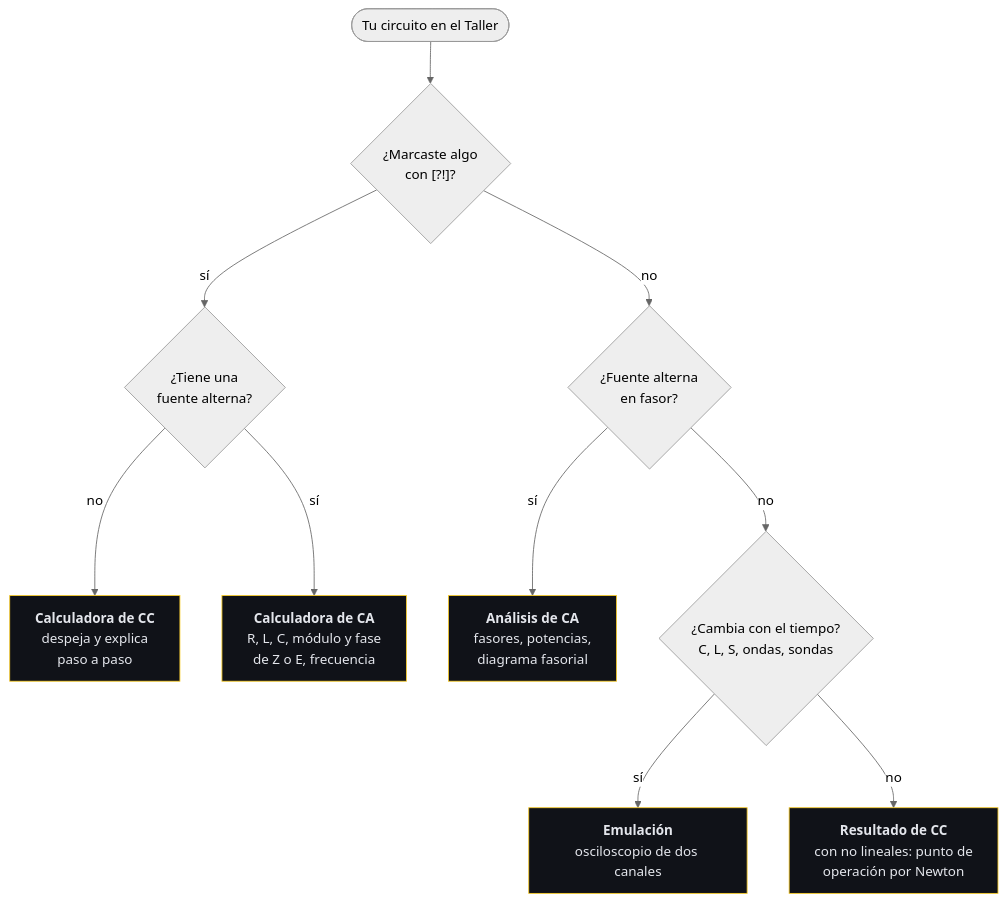
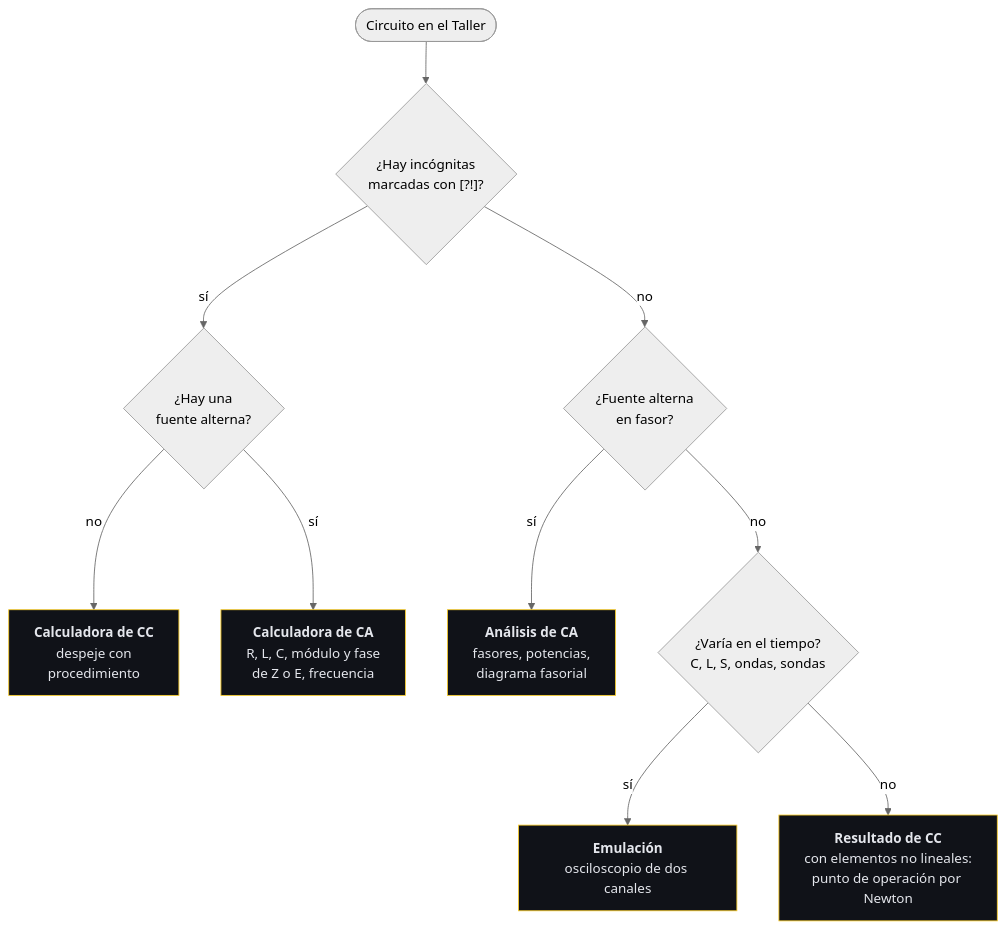
The first of 2 diagrams in README.md (Eliam4510/hakaru-ces), drawn with Mermaid (neutral theme) before and after one commit. The commit also changed other lines of this file and 11 other files, not shown here.

````diff
--- a/README.md
+++ b/README.md
@@ -92,14 +103,14 @@
 ```mermaid
 flowchart TD
-    A(["Tu circuito en el Taller"]) --> B{"¿Marcaste algo<br/>con [?!]?"}
-    B -- sí --> C{"¿Tiene una<br/>fuente alterna?"}
-    C -- no --> D["<b>Calculadora de CC</b><br/>despeja y explica<br/>paso a paso"]
+    A(["Circuito en el Taller"]) --> B{"¿Hay incógnitas<br/>marcadas con [?!]?"}
+    B -- sí --> C{"¿Hay una<br/>fuente alterna?"}
+    C -- no --> D["<b>Calculadora de CC</b><br/>despeje con<br/>procedimiento"]
     C -- sí --> E["<b>Calculadora de CA</b><br/>R, L, C, módulo y fase<br/>de Z o E, frecuencia"]
     B -- no --> F{"¿Fuente alterna<br/>en fasor?"}
     F -- sí --> G["<b>Análisis de CA</b><br/>fasores, potencias,<br/>diagrama fasorial"]
-    F -- no --> H{"¿Cambia con el tiempo?<br/>C, L, S, ondas, sondas"}
+    F -- no --> H{"¿Varía en el tiempo?<br/>C, L, S, ondas, sondas"}
     H -- sí --> I["<b>Emulación</b><br/>osciloscopio de dos canales"]
-    H -- no --> J["<b>Resultado de CC</b><br/>con no lineales: punto de<br/>operación por Newton"]
+    H -- no --> J["<b>Resultado de CC</b><br/>con elementos no lineales:<br/>punto de operación por Newton"]
     classDef motor fill:#101218,stroke:#facd28,color:#e4e6ec
     class D,E,G,I,J motor
 ```
````
